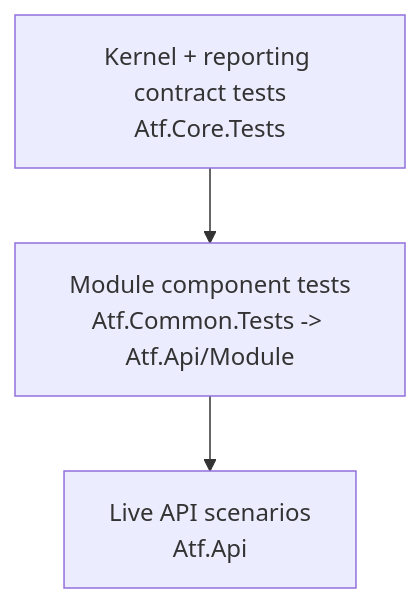
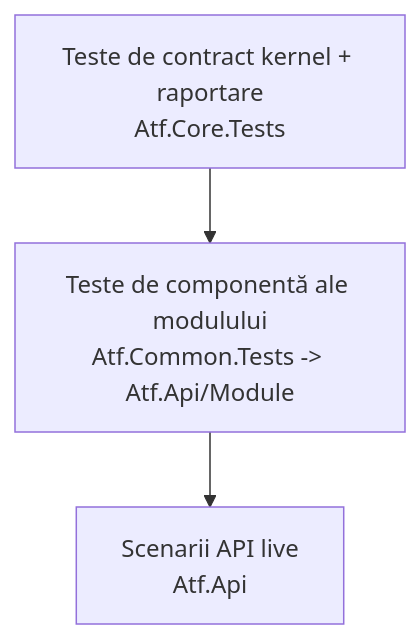
Before and after one commit to crististefanita/CS1: the third of 4 diagrams in Atf.Tests/README.md, drawn with Mermaid. The commit also changed other lines of this file, not shown here.

````diff
--- a/Atf.Tests/README.md
+++ b/Atf.Tests/README.md
@@ -212,7 +212,7 @@
 ```mermaid
 flowchart TB
-    L[Live API scenarios\nAtf.Api]
-    C[Module component tests\nAtf.Common.Tests -> Atf.Api/Module]
-    U[Kernel + reporting contract tests\nAtf.Core.Tests]
+    L[Scenarii API live\nAtf.Api]
+    C[Teste de componentă ale modulului\nAtf.Common.Tests -> Atf.Api/Module]
+    U[Teste de contract kernel + raportare\nAtf.Core.Tests]
     U --> C --> L
 ```
````
